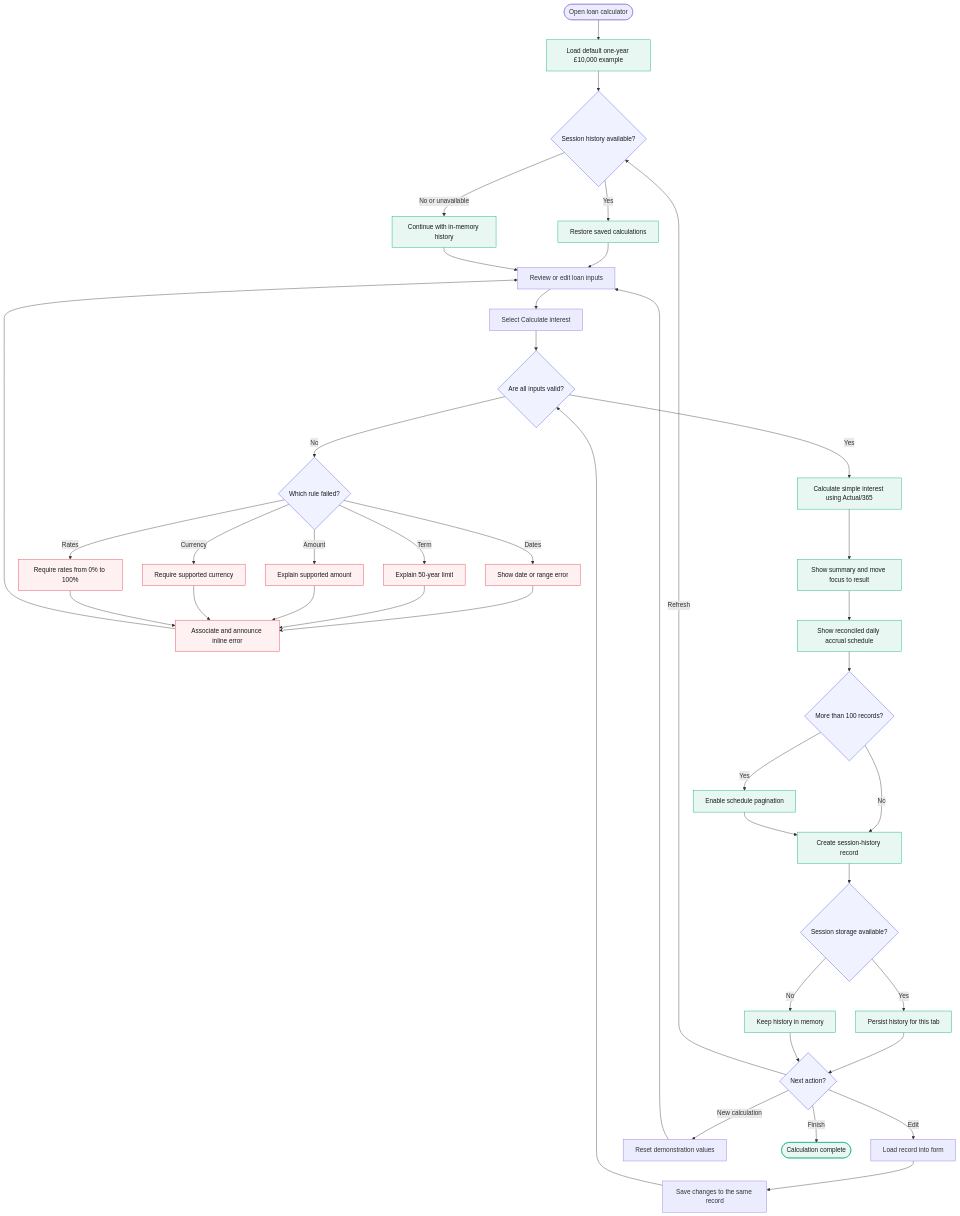
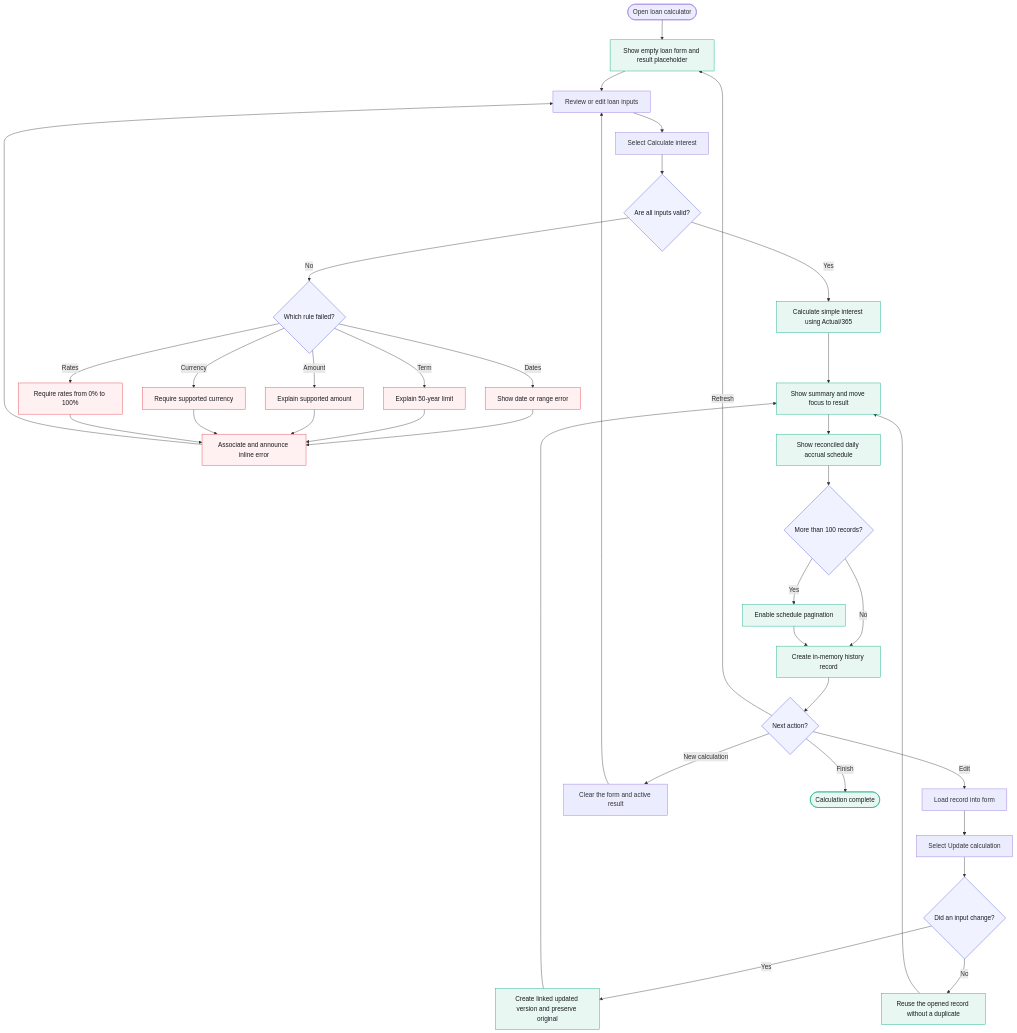
The diagram in docs/USER_FLOWS.md (Aish-hk/loan-interest-calculator), drawn with Mermaid before and after one commit. The commit also changed other lines of this file and 3 other files, not shown here.

Commit message:
docs: align flows with current implementation

````diff
--- a/docs/USER_FLOWS.md
+++ b/docs/USER_FLOWS.md
@@ -9,55 +9,51 @@
 ```mermaid
 flowchart TD
-    start([Open loan calculator]) --> defaults[Load default one-year £10,000 example]
-    defaults --> historyLoad{Session history available?}
-    historyLoad -->|Yes| restore[Restore saved calculations]
-    historyLoad -->|No or unavailable| memory[Continue with in-memory history]
-    restore --> form
-    memory --> form
+    start([Open loan calculator]) --> empty[Show empty loan form and result placeholder]
+    empty --> form
 
     form[Review or edit loan inputs] --> submit[Select Calculate interest]
     submit --> validate{Are all inputs valid?}
 
     validate -->|No| identify{Which rule failed?}
     identify -->|Dates| dateError[Show date or range error]
     identify -->|Term| termError[Explain 50-year limit]
     identify -->|Amount| amountError[Explain supported amount]
     identify -->|Currency| currencyError[Require supported currency]
     identify -->|Rates| rateError[Require rates from 0% to 100%]
     dateError --> announce[Associate and announce inline error]
     termError --> announce
     amountError --> announce
     currencyError --> announce
     rateError --> announce
     announce --> form
 
     validate -->|Yes| calculate[Calculate simple interest using Actual/365]
     calculate --> result[Show summary and move focus to result]
     result --> schedule[Show reconciled daily accrual schedule]
     schedule --> longTerm{More than 100 records?}
     longTerm -->|Yes| pagination[Enable schedule pagination]
-    longTerm -->|No| historySave[Create session-history record]
+    longTerm -->|No| historySave[Create in-memory history record]
     pagination --> historySave
 
-    historySave --> storage{Session storage available?}
-    storage -->|Yes| persisted[Persist history for this tab]
-    storage -->|No| fallback[Keep history in memory]
-    persisted --> nextAction{Next action?}
-    fallback --> nextAction
+    historySave --> nextAction{Next action?}
 
     nextAction -->|Edit| edit[Load record into form]
-    edit --> save[Save changes to the same record]
-    save --> validate
-    nextAction -->|New calculation| reset[Reset demonstration values]
+    edit --> update[Select Update calculation]
+    update --> changed{Did an input change?}
+    changed -->|Yes| version[Create linked updated version and preserve original]
+    changed -->|No| current[Reuse the opened record without a duplicate]
+    version --> result
+    current --> result
+    nextAction -->|New calculation| reset[Clear the form and active result]
     reset --> form
-    nextAction -->|Refresh| historyLoad
+    nextAction -->|Refresh| empty
     nextAction -->|Finish| finish([Calculation complete])
 
     classDef happy fill:#e8f7f2,stroke:#00a87e,color:#191c1f;
     classDef error fill:#fff0f1,stroke:#e23b4a,color:#191c1f;
     classDef decision fill:#f1f2ff,stroke:#494fdf,color:#191c1f;
 
-    class defaults,restore,memory,calculate,result,schedule,pagination,historySave,persisted,fallback,finish happy;
+    class empty,calculate,result,schedule,pagination,historySave,version,current,finish happy;
     class dateError,termError,amountError,currencyError,rateError,announce error;
-    class historyLoad,validate,identify,longTerm,storage,nextAction decision;
+    class validate,identify,longTerm,nextAction,changed decision;
 ```
````
